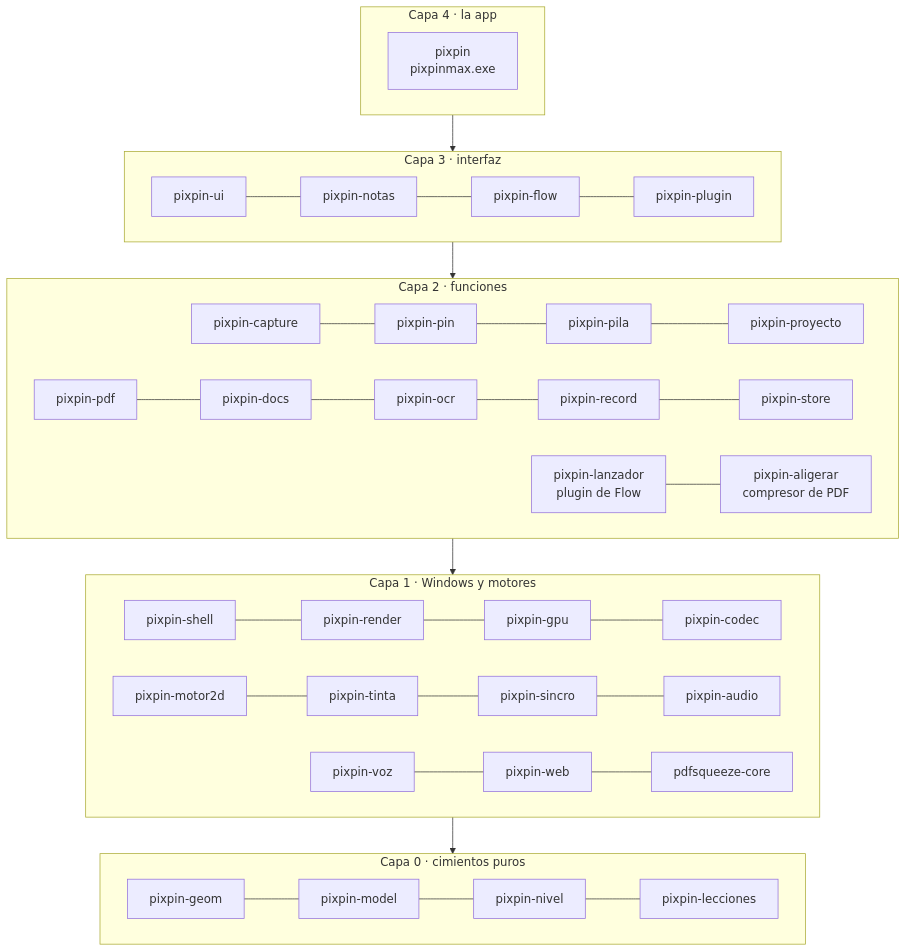
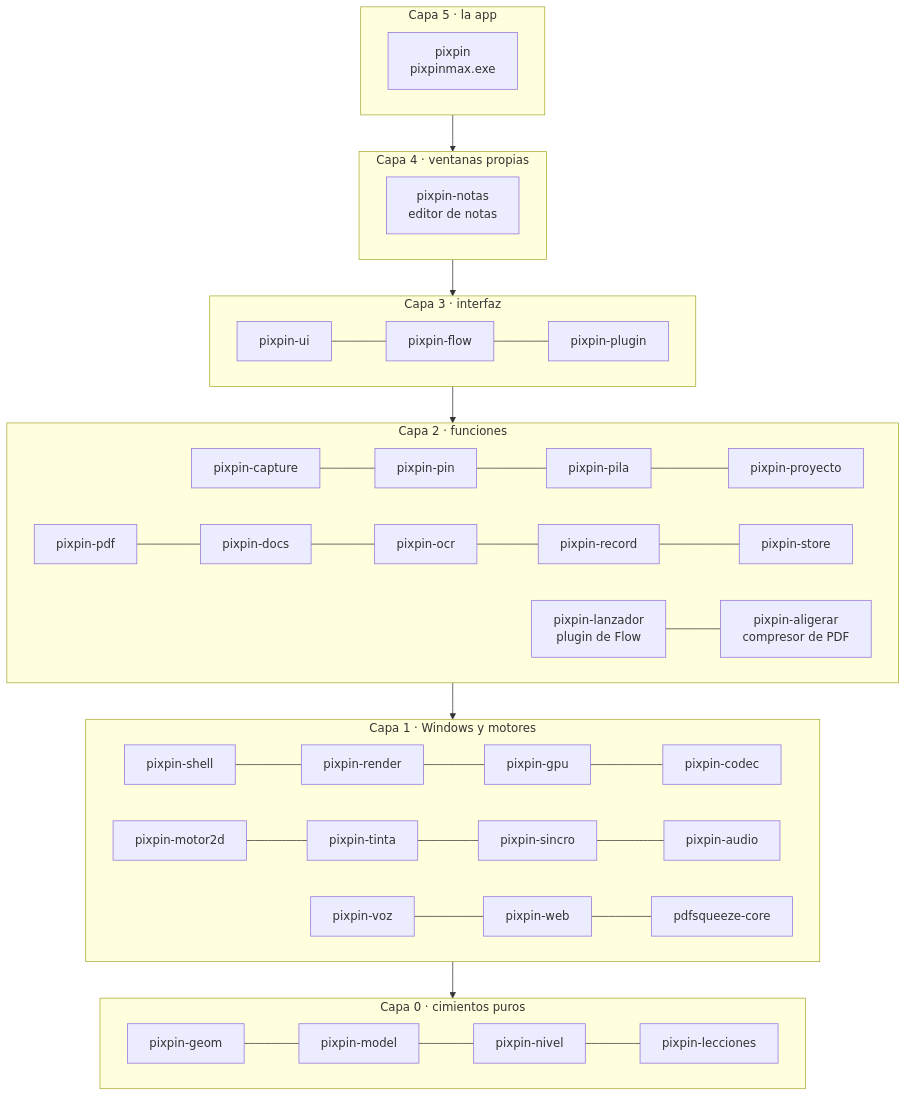
One commit to 1xmanMAX/PIXPIN_PRO_WINDOWS changed the fourth of 4 diagrams in README.md. Above: the diagram before and after it, drawn with Mermaid. The commit also changed 1 other file, not shown here.

Commit message:
Capas: el editor de notas va encima de la interfaz que usa
Claude-Session: https://claude.ai/code/session_01AmYAe59bDpKvLLpudr6chw

````diff
--- a/README.md
+++ b/README.md
@@ -332,23 +332,26 @@
 ```mermaid
 flowchart TB
-    subgraph L4[Capa 4 · la app]
+    subgraph L5[Capa 5 · la app]
       app[pixpin<br/>pixpinmax.exe]
     end
+    subgraph L4[Capa 4 · ventanas propias]
+      notas[pixpin-notas<br/>editor de notas]
+    end
     subgraph L3[Capa 3 · interfaz]
-      ui[pixpin-ui] --- notas[pixpin-notas] --- flow[pixpin-flow] --- plugin[pixpin-plugin]
+      ui[pixpin-ui] --- flow[pixpin-flow] --- plugin[pixpin-plugin]
     end
     subgraph L2[Capa 2 · funciones]
       cap[pixpin-capture] --- pin[pixpin-pin] --- pila[pixpin-pila] --- proy[pixpin-proyecto]
       pdf[pixpin-pdf] --- docs[pixpin-docs] --- ocr[pixpin-ocr] --- rec[pixpin-record] --- store[pixpin-store]
       lanz[pixpin-lanzador<br/>plugin de Flow] --- alig[pixpin-aligerar<br/>compresor de PDF]
     end
     subgraph L1[Capa 1 · Windows y motores]
       shell[pixpin-shell] --- render[pixpin-render] --- gpu[pixpin-gpu] --- codec[pixpin-codec]
       motor[pixpin-motor2d] --- tinta[pixpin-tinta] --- sincro[pixpin-sincro] --- audio[pixpin-audio]
       voz[pixpin-voz] --- web[pixpin-web] --- squeeze[pdfsqueeze-core]
     end
     subgraph L0[Capa 0 · cimientos puros]
       geom[pixpin-geom] --- model[pixpin-model] --- nivel[pixpin-nivel] --- lecc[pixpin-lecciones]
     end
-    L4 --> L3 --> L2 --> L1 --> L0
+    L5 --> L4 --> L3 --> L2 --> L1 --> L0
 ```
````
